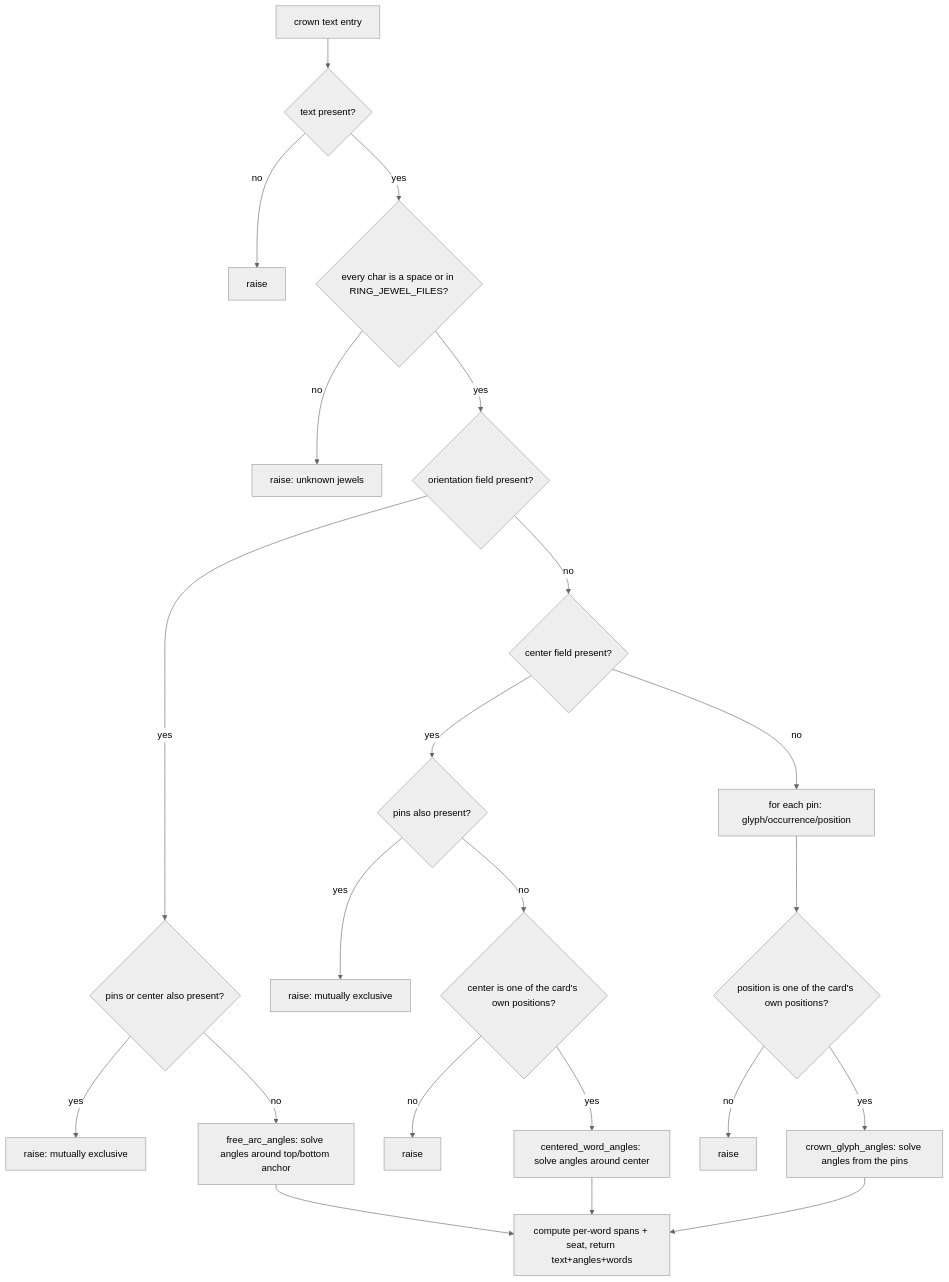
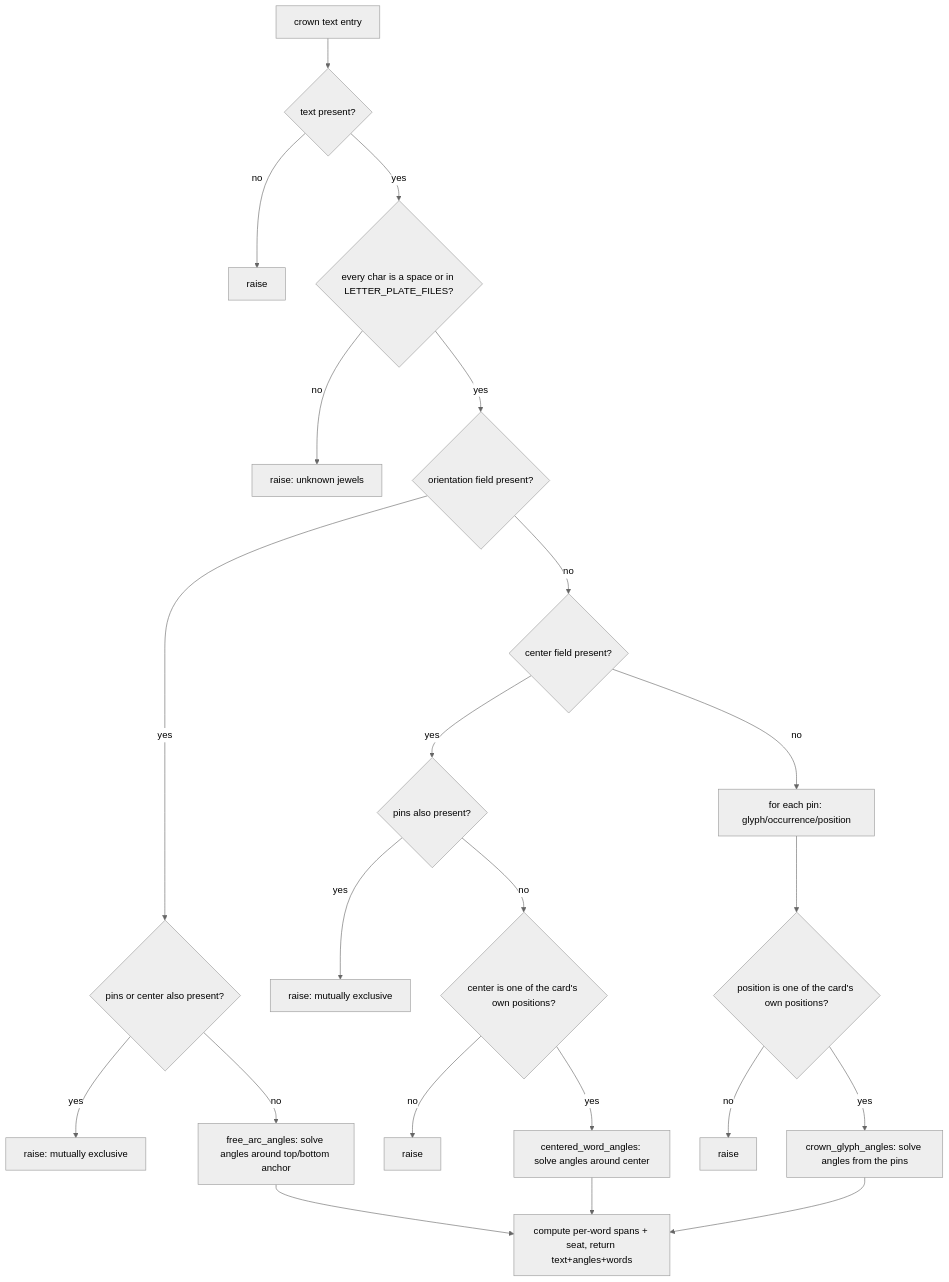
The second of 2 diagrams in data/__flow/rings.md (UVuruna/Watch-Academy), drawn with Mermaid (neutral theme) before and after one commit. The commit also changed other lines of this file and 11 other files, not shown here.

````diff
--- a/data/__flow/rings.md
+++ b/data/__flow/rings.md
@@ -54,24 +54,24 @@
 ```mermaid
 flowchart TB
     A[crown text entry] --> B{text present?}
     B -- no --> X1[raise]
-    B -- yes --> C{every char is a space or in RING_JEWEL_FILES?}
+    B -- yes --> C{every char is a space or in LETTER_PLATE_FILES?}
     C -- no --> X2[raise: unknown jewels]
     C -- yes --> O{orientation field present?}
     O -- yes --> O2{pins or center also present?}
     O2 -- yes --> X0[raise: mutually exclusive]
     O2 -- no --> O3[free_arc_angles: solve angles around top/bottom anchor]
     O -- no --> D{center field present?}
     D -- yes --> E{pins also present?}
     E -- yes --> X3[raise: mutually exclusive]
     E -- no --> F{center is one of the card's own positions?}
     F -- no --> X4[raise]
     F -- yes --> G[centered_word_angles: solve angles around center]
     D -- no --> H[for each pin: glyph/occurrence/position]
     H --> I{position is one of the card's own positions?}
     I -- no --> X5[raise]
     I -- yes --> J[crown_glyph_angles: solve angles from the pins]
     O3 --> K[compute per-word spans + seat, return text+angles+words]
     G --> K
     J --> K
 ```
````
